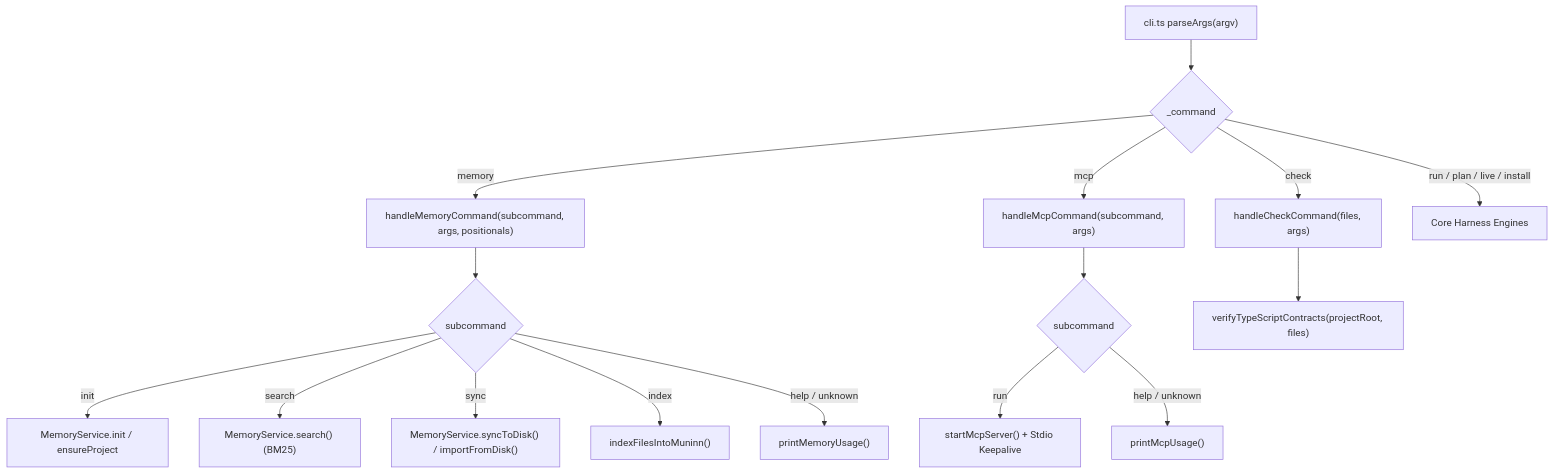
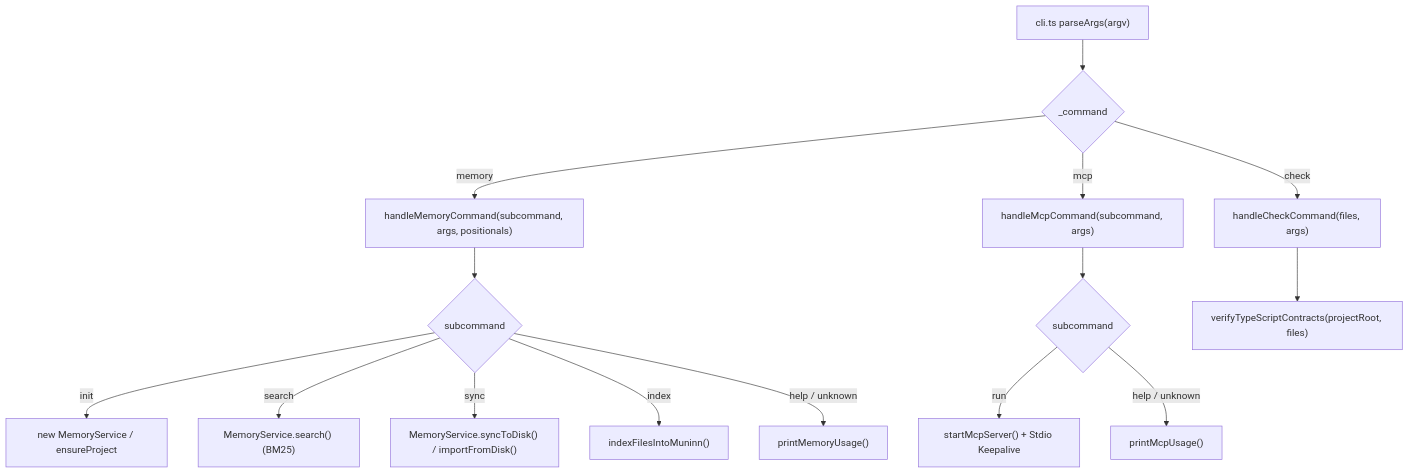
The seventh of 10 diagrams in DESIGN.md (dahch/muninn), drawn with Mermaid before and after one commit. The commit also changed other lines of this file and 17 other files, not shown here.

````diff
--- a/DESIGN.md
+++ b/DESIGN.md
@@ -543,21 +556,20 @@
 ```mermaid
 flowchart TD
     CLI["cli.ts parseArgs(argv)"] --> DISPATCH{"_command"}
     DISPATCH -- "memory" --> MEM["handleMemoryCommand(subcommand, args, positionals)"]
     DISPATCH -- "mcp" --> MCP["handleMcpCommand(subcommand, args)"]
     DISPATCH -- "check" --> CHK["handleCheckCommand(files, args)"]
-    DISPATCH -- "run / plan / live / install" --> CORE["Core Harness Engines"]
 
     MEM --> SUBCMD{"subcommand"}
-    SUBCMD -- "init" --> INIT["MemoryService.init / ensureProject"]
+    SUBCMD -- "init" --> INIT["new MemoryService / ensureProject"]
     SUBCMD -- "search" --> SRCH["MemoryService.search() (BM25)"]
     SUBCMD -- "sync" --> SYNC["MemoryService.syncToDisk() / importFromDisk()"]
     SUBCMD -- "index" --> IDX["indexFilesIntoMuninn()"]
     SUBCMD -- "help / unknown" --> USAGE["printMemoryUsage()"]
 
     MCP --> MCPSUBCMD{"subcommand"}
     MCPSUBCMD -- "run" --> RUN["startMcpServer() + Stdio Keepalive"]
     MCPSUBCMD -- "help / unknown" --> MCPUSAGE["printMcpUsage()"]
 
     CHK --> CHKRUN["verifyTypeScriptContracts(projectRoot, files)"]
 ```
````
